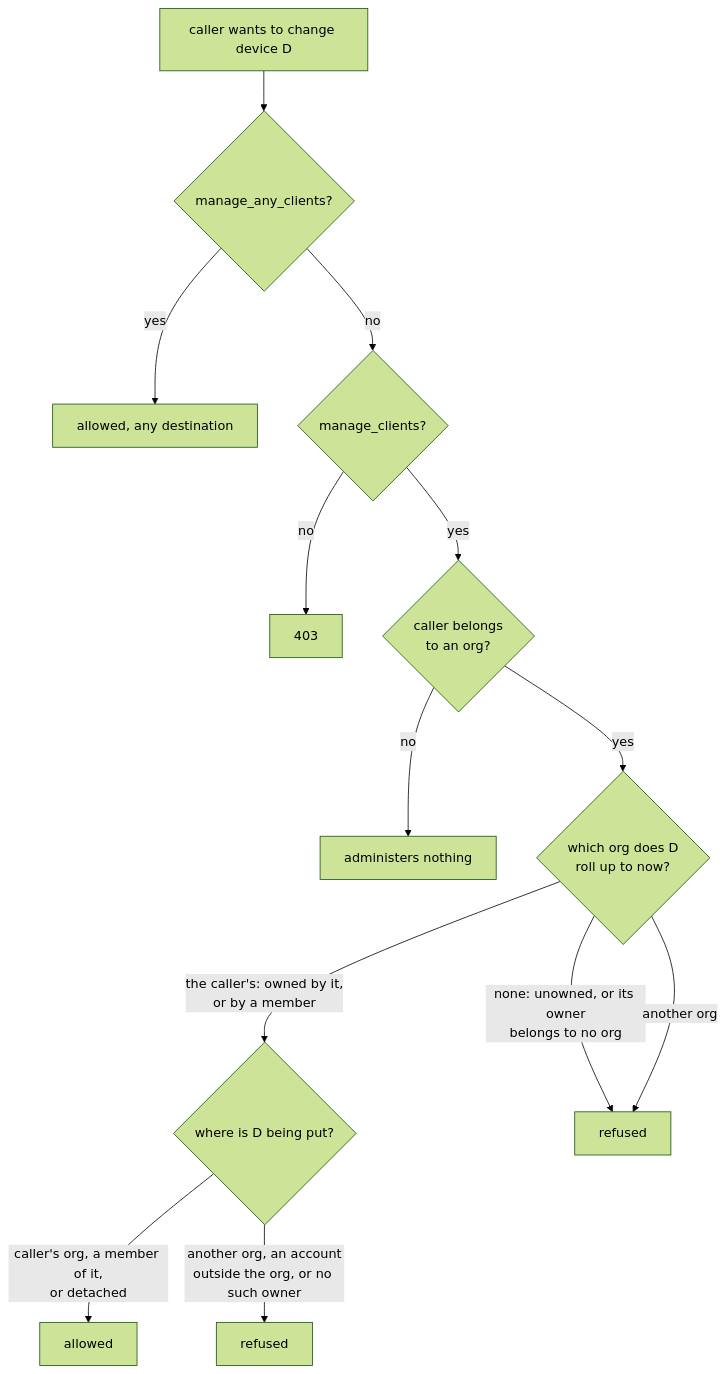
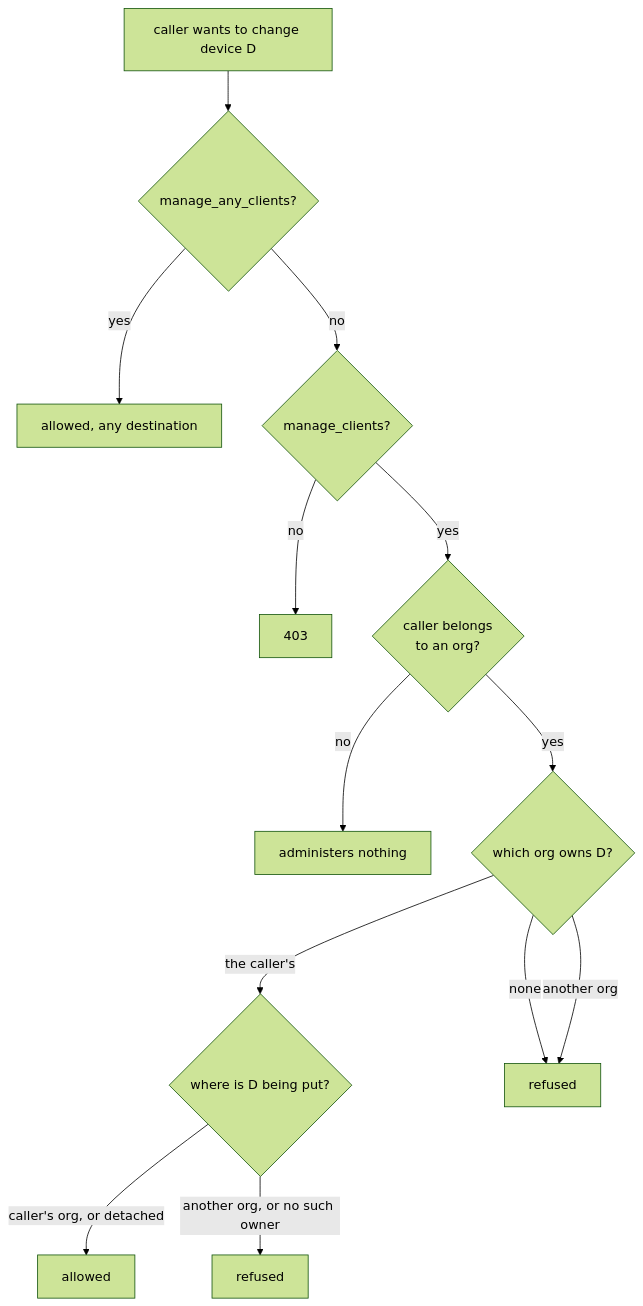
One commit to Liquid4All/pipette-mgmt changed the tenth of 27 diagrams in docs/topology.md. Above: the diagram before and after it, drawn with Mermaid (forest theme). The commit also changed other lines of this file and 432 other files, not shown here.

````diff
--- a/docs/topology.md
+++ b/docs/topology.md
@@ -525,16 +504,16 @@
 ```mermaid
 flowchart TD
     a["caller wants to change device D"] --> any{"manage_any_clients?"}
     any -- yes --> yes1["allowed, any destination"]
     any -- no --> mc{"manage_clients?"}
     mc -- no --> no1["403"]
     mc -- yes --> mem{"caller belongs<br/>to an org?"}
     mem -- no --> no2["administers nothing"]
-    mem -- yes --> held{"which org does D<br/>roll up to now?"}
-    held -- "the caller's: owned by it,<br/>or by a member" --> dest
-    held -- "none: unowned, or its owner<br/>belongs to no org" --> no3["refused"]
+    mem -- yes --> held{"which org owns D?"}
+    held -- "the caller's" --> dest
+    held -- "none" --> no3["refused"]
     held -- "another org" --> no3
     dest{"where is D being put?"}
-    dest -- "caller's org, a member of it,<br/>or detached" --> yes2["allowed"]
-    dest -- "another org, an account<br/>outside the org, or no such owner" --> no4["refused"]
+    dest -- "caller's org, or detached" --> yes2["allowed"]
+    dest -- "another org, or no such owner" --> no4["refused"]
 ```
````
